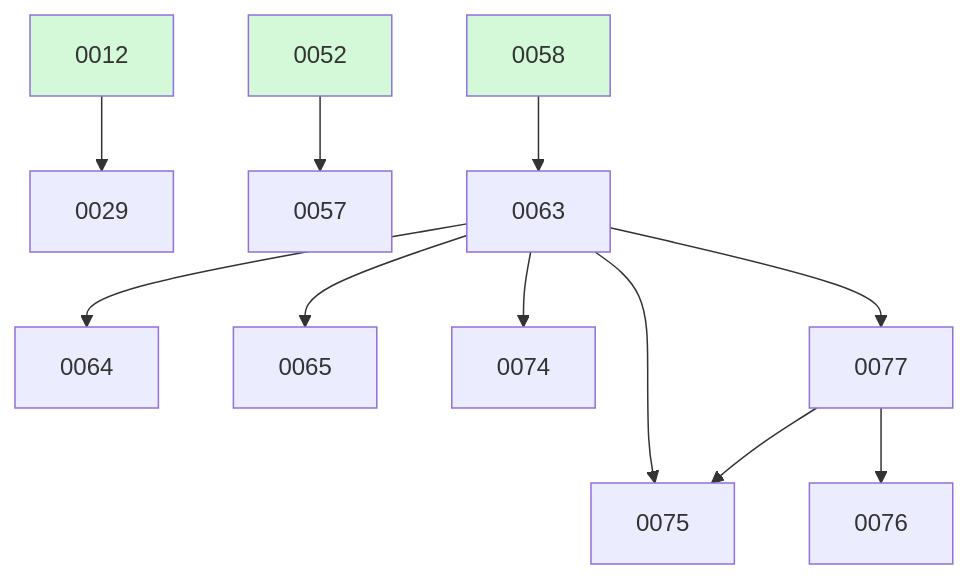
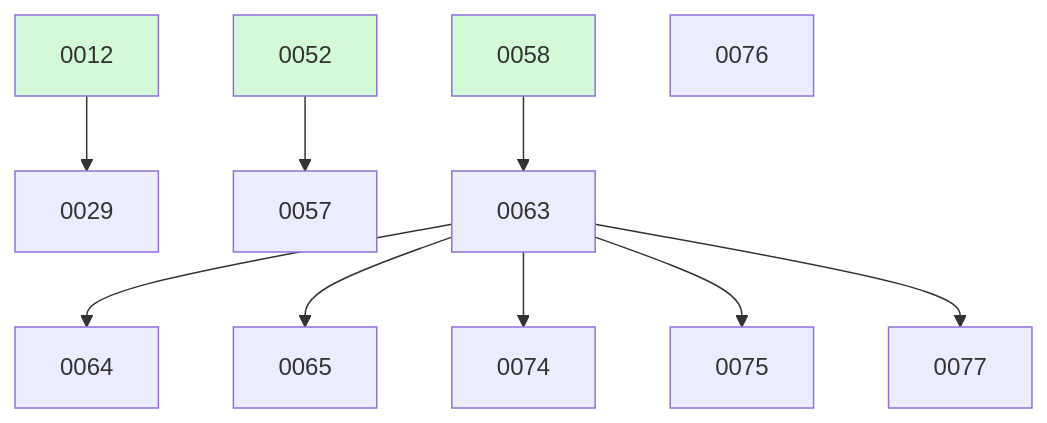
One commit to ethanhinson/fuse changed the diagram in docs/changes/BOARD.md. Above: the diagram before and after it, drawn with Mermaid. The commit also changed other lines of this file, not shown here.

````diff
--- a/docs/changes/BOARD.md
+++ b/docs/changes/BOARD.md
@@ -29,17 +29,16 @@
 ```mermaid
 graph TD
   0012 --> 0029
   0052 --> 0057
   0058 --> 0063
   0063 --> 0064
   0063 --> 0065
   0063 --> 0074
   0063 --> 0075
+  0076
   0063 --> 0077
-  0077 --> 0075
-  0077 --> 0076
   0012:::done
   0052:::done
   0058:::done
   classDef done fill:#d3f9d8;
 ```
````
